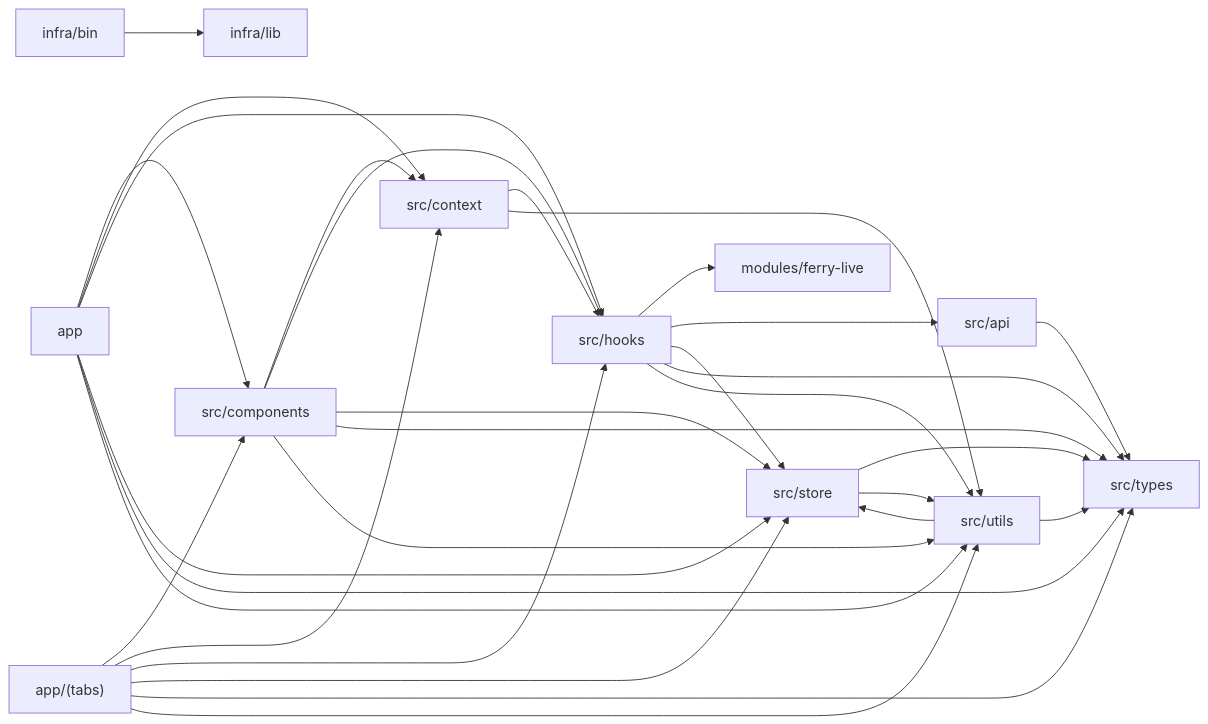
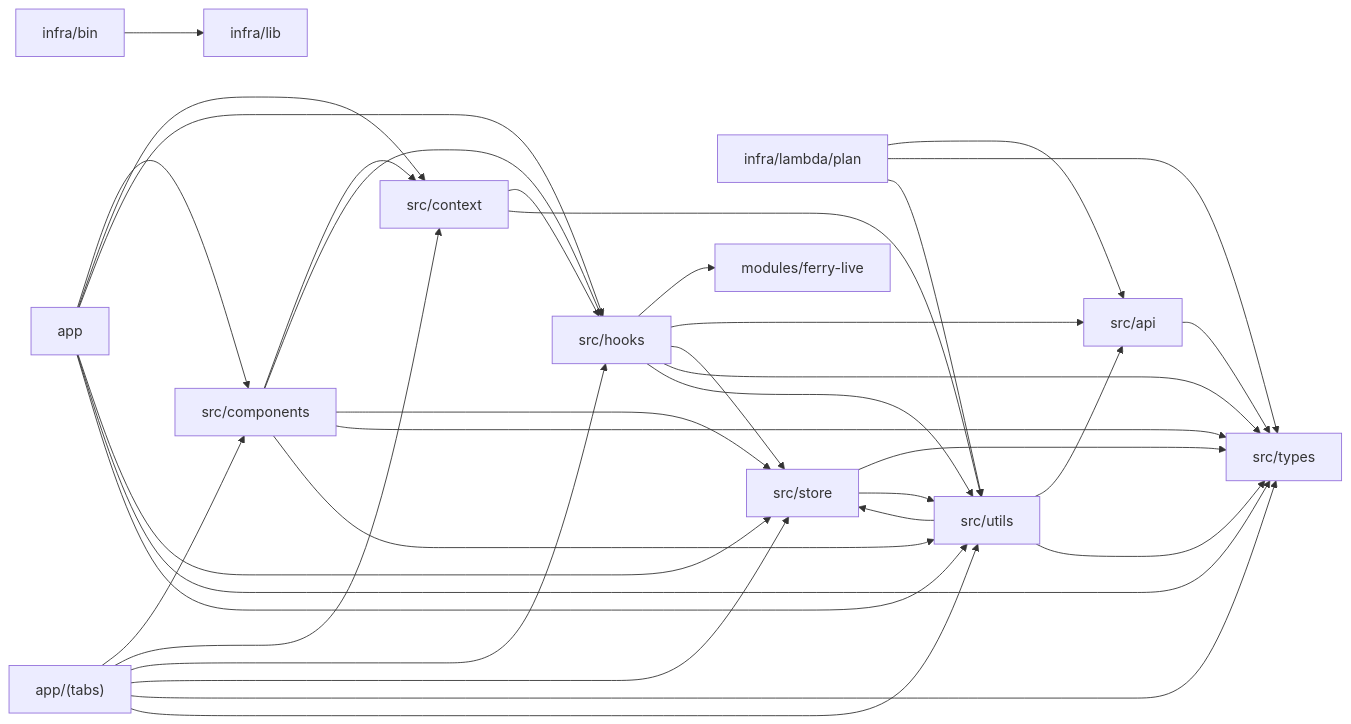
Before and after one commit to rufbulldog/ferry-tracker: the diagram in docs/spec/_systems/architecture.md, drawn with Mermaid. The commit also changed other lines of this file and 36 other files, not shown here.

````diff
--- a/docs/spec/_systems/architecture.md
+++ b/docs/spec/_systems/architecture.md
@@ -20,45 +20,50 @@
 ```mermaid
 flowchart LR
   n_app["app"]
   n_app_tabs["app/(tabs)"]
   n_infra_bin["infra/bin"]
+  n_infra_lambda_plan["infra/lambda/plan"]
   n_infra_lib["infra/lib"]
   n_modules_ferry_live["modules/ferry-live"]
   n_src_api["src/api"]
   n_src_components["src/components"]
   n_src_context["src/context"]
   n_src_hooks["src/hooks"]
   n_src_store["src/store"]
   n_src_types["src/types"]
   n_src_utils["src/utils"]
   n_app --> n_src_components
   n_app --> n_src_context
   n_app --> n_src_hooks
   n_app --> n_src_store
   n_app --> n_src_types
   n_app --> n_src_utils
   n_app_tabs --> n_src_components
   n_app_tabs --> n_src_context
   n_app_tabs --> n_src_hooks
   n_app_tabs --> n_src_store
   n_app_tabs --> n_src_types
   n_app_tabs --> n_src_utils
   n_infra_bin --> n_infra_lib
+  n_infra_lambda_plan --> n_src_api
+  n_infra_lambda_plan --> n_src_types
+  n_infra_lambda_plan --> n_src_utils
   n_src_api --> n_src_types
   n_src_components --> n_src_context
   n_src_components --> n_src_hooks
   n_src_components --> n_src_store
   n_src_components --> n_src_types
   n_src_components --> n_src_utils
   n_src_context --> n_src_hooks
   n_src_context --> n_src_utils
   n_src_hooks --> n_modules_ferry_live
   n_src_hooks --> n_src_api
   n_src_hooks --> n_src_store
   n_src_hooks --> n_src_types
   n_src_hooks --> n_src_utils
   n_src_store --> n_src_types
   n_src_store --> n_src_utils
+  n_src_utils --> n_src_api
   n_src_utils --> n_src_store
   n_src_utils --> n_src_types
 ```
````
